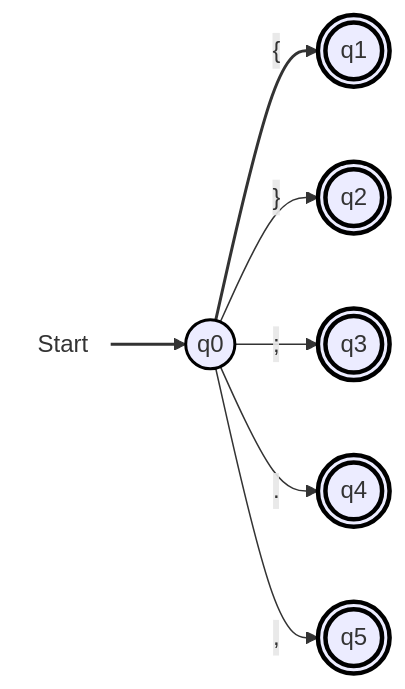
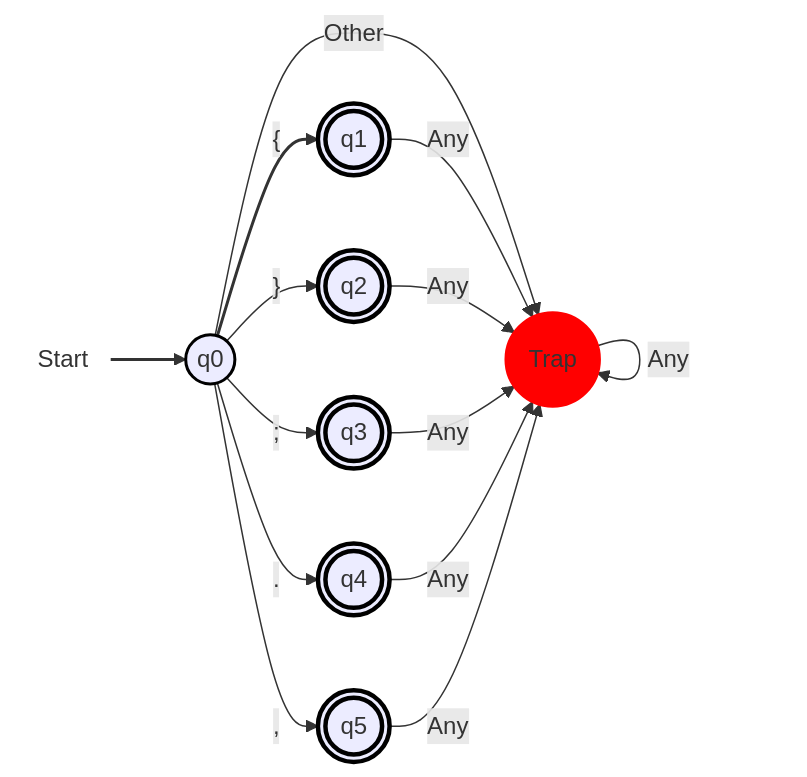
The seventh of 9 diagrams in docs/DFA.md (CS-Tiny-Compiler/a-tiny-compiler), drawn with Mermaid before and after one commit. The commit also changed other lines of this file and 15 other files, not shown here.

````diff
--- a/docs/DFA.md
+++ b/docs/DFA.md
@@ -174,16 +176,25 @@
 ```mermaid
 flowchart LR
   start(((Start))):::startNode --> q0(("q0")):::normal
   q0 --> |"{"| q1((("q1"))):::finalState
   q0 --> |"}"| q2((("q2"))):::finalState
   q0 --> |";"| q3((("q3"))):::finalState
   q0 --> |"."| q4((("q4"))):::finalState
   q0 --> |","| q5((("q5"))):::finalState
+  q0 --> |Other| trap((("Trap"))):::trap
+  q1 --> |Any| trap((("Trap"))):::trap
+  q2 --> |Any| trap((("Trap"))):::trap
+  q3 --> |Any| trap((("Trap"))):::trap
+  q4 --> |Any| trap((("Trap"))):::trap
+  q5 --> |Any| trap((("Trap"))):::trap
+
+  trap --> |Any| trap
 
   classDef startNode fill:none,stroke:none;
   classDef normal stroke:#000,stroke-width:2px;
   classDef finalState stroke:#000,stroke-width:3px;
+  classDef trap fill:#f00,stroke:#f00,stroke-width:2px;
   
   linkStyle 0 stroke-width:2px;
   linkStyle 1 stroke:#333,stroke-width:2px,fill:none;
 ```
````
